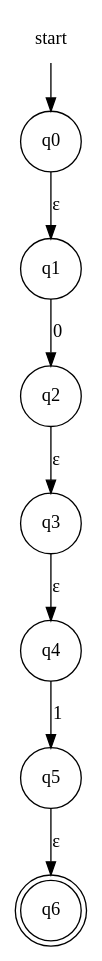
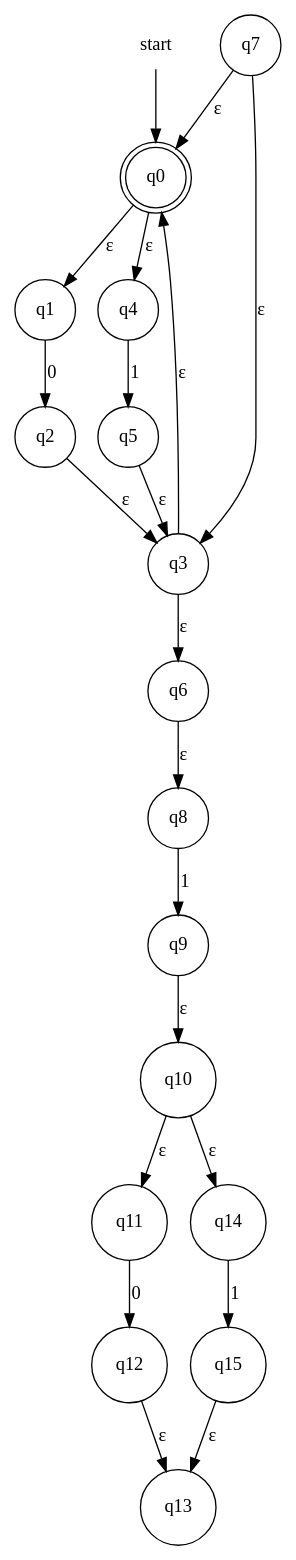
One commit to evertheylen/TA_TO changed the diagram in fase1/RE-eNFA/regex_1.dot. Above: the diagram before and after it, drawn with Graphviz. The commit also changed 6 other files, not shown here.

```diff
--- a/fase1/RE-eNFA/regex_1.dot
+++ b/fase1/RE-eNFA/regex_1.dot
@@ -1,12 +1,25 @@
 digraph automaton {
     node [shape=none]; start;
-    node [shape=doublecircle]; "q6";
+    node [shape=doublecircle]; "q0";
     node [shape=circle];
     start -> "q0";
     "q0" -> "q1" [label="&epsilon;"];
+    "q0" -> "q4" [label="&epsilon;"];
     "q1" -> "q2" [label="0"];
     "q2" -> "q3" [label="&epsilon;"];
-    "q3" -> "q4" [label="&epsilon;"];
+    "q3" -> "q0" [label="&epsilon;"];
+    "q3" -> "q6" [label="&epsilon;"];
     "q4" -> "q5" [label="1"];
-    "q5" -> "q6" [label="&epsilon;"];
+    "q5" -> "q3" [label="&epsilon;"];
+    "q6" -> "q8" [label="&epsilon;"];
+    "q7" -> "q0" [label="&epsilon;"];
+    "q7" -> "q3" [label="&epsilon;"];
+    "q8" -> "q9" [label="1"];
+    "q9" -> "q10" [label="&epsilon;"];
+    "q10" -> "q11" [label="&epsilon;"];
+    "q10" -> "q14" [label="&epsilon;"];
+    "q11" -> "q12" [label="0"];
+    "q12" -> "q13" [label="&epsilon;"];
+    "q14" -> "q15" [label="1"];
+    "q15" -> "q13" [label="&epsilon;"];
 }
```
